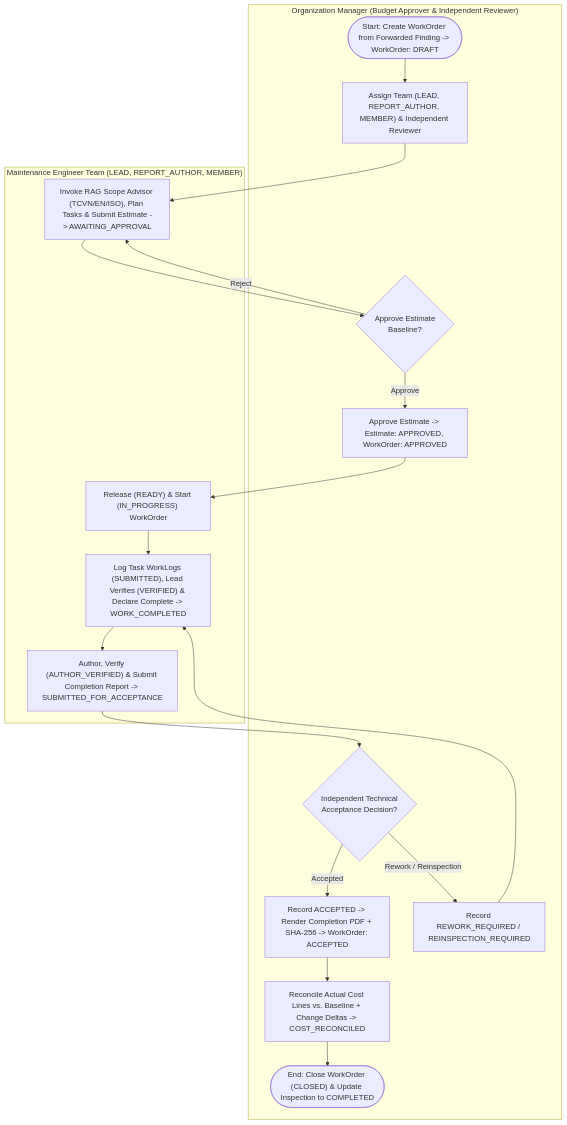
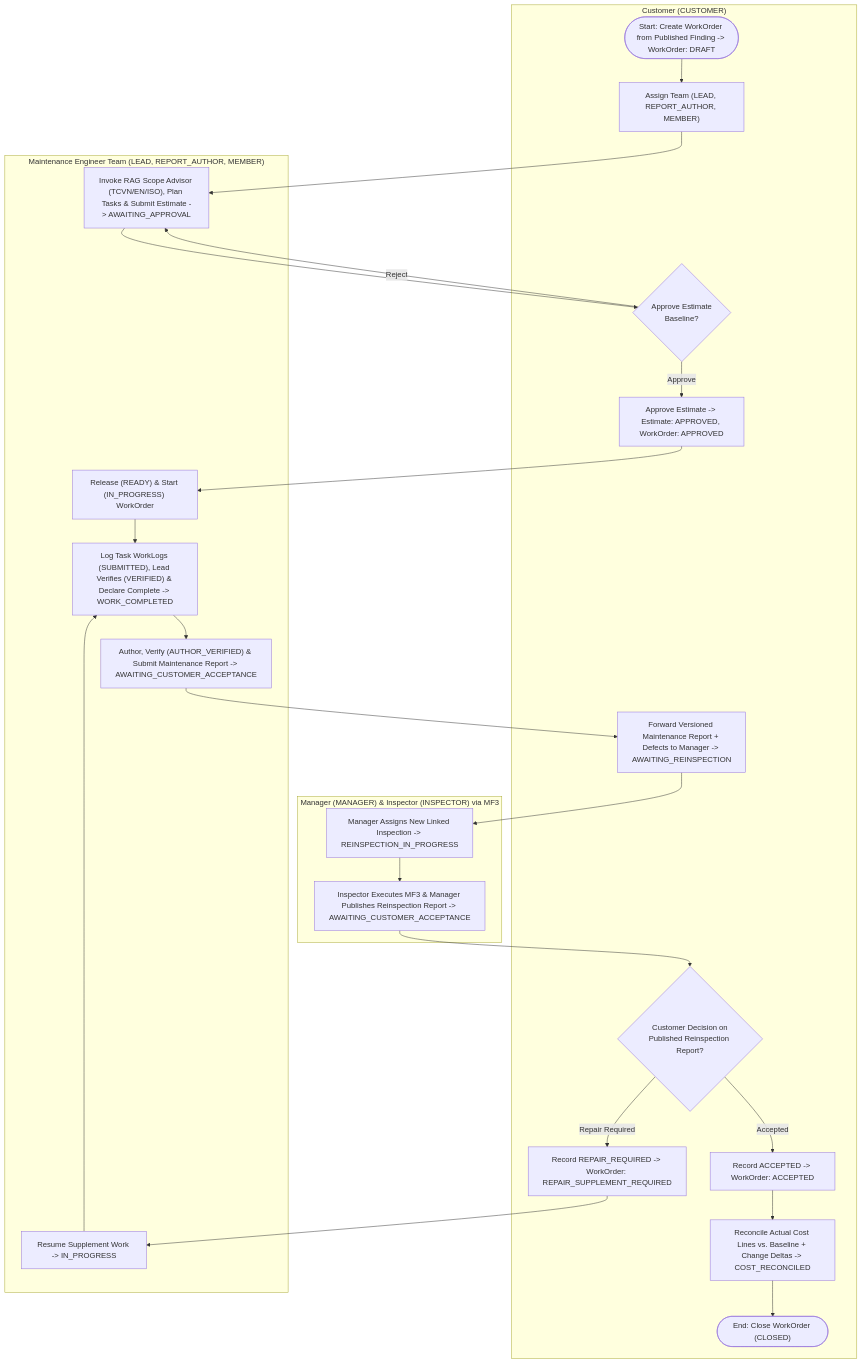
Diagram 22 of 22 in reports/report-4-software-design-document/03-detailed-design.md (tungbach12/SmartDroneInspection-Docs), drawn with Mermaid before and after one commit. The commit also changed other lines of this file and 7 other files, not shown here.

First line of the commit message:
docs(maintenance): synchronize Report 3, 4, and 5 for customer-driven WF4 reinspection

````diff
--- a/reports/report-4-software-design-document/03-detailed-design.md
+++ b/reports/report-4-software-design-document/03-detailed-design.md
@@ -926,28 +926,35 @@
 ```mermaid
-%% title: WF-04 Activity Diagram - Maintenance Work Order Lifecycle and Cost Reconciliation
+%% title: WF-04 Activity Diagram - Customer-Driven Maintenance, Reinspection and Cost Reconciliation
 flowchart TD
-  subgraph OM4["Organization Manager (Budget Approver & Independent Reviewer)"]
-    D1(["Start: Create WorkOrder from Forwarded Finding -> WorkOrder: DRAFT"])
-    D2["Assign Team (LEAD, REPORT_AUTHOR, MEMBER) & Independent Reviewer"]
+  subgraph C4["Customer (CUSTOMER)"]
+    D1(["Start: Create WorkOrder from Published Finding -> WorkOrder: DRAFT"])
+    D2["Assign Team (LEAD, REPORT_AUTHOR, MEMBER)"]
     D5{"Approve Estimate\nBaseline?"}
     D6["Approve Estimate -> Estimate: APPROVED, WorkOrder: APPROVED"]
-    D10{"Independent Technical\nAcceptance Decision?"}
-    D11["Record ACCEPTED -> Render Completion PDF + SHA-256 -> WorkOrder: ACCEPTED"]
-    D12["Record REWORK_REQUIRED / REINSPECTION_REQUIRED"]
-    D13["Reconcile Actual Cost Lines vs. Baseline + Change Deltas -> COST_RECONCILED"]
-    D14(["End: Close WorkOrder (CLOSED) & Update Inspection to COMPLETED"])
+    D10["Forward Versioned Maintenance Report + Defects to Manager -> AWAITING_REINSPECTION"]
+    D13{"Customer Decision on\nPublished Reinspection Report?"}
+    D14["Record ACCEPTED -> WorkOrder: ACCEPTED"]
+    D15["Record REPAIR_REQUIRED -> WorkOrder: REPAIR_SUPPLEMENT_REQUIRED"]
+    D16["Reconcile Actual Cost Lines vs. Baseline + Change Deltas -> COST_RECONCILED"]
+    D17(["End: Close WorkOrder (CLOSED)"])
   end
 
   subgraph ME4["Maintenance Engineer Team (LEAD, REPORT_AUTHOR, MEMBER)"]
     D3["Invoke RAG Scope Advisor (TCVN/EN/ISO), Plan Tasks & Submit Estimate -> AWAITING_APPROVAL"]
     D7["Release (READY) & Start (IN_PROGRESS) WorkOrder"]
     D8["Log Task WorkLogs (SUBMITTED), Lead Verifies (VERIFIED) & Declare Complete -> WORK_COMPLETED"]
-    D9["Author, Verify (AUTHOR_VERIFIED) & Submit Completion Report -> SUBMITTED_FOR_ACCEPTANCE"]
+    D9["Author, Verify (AUTHOR_VERIFIED) & Submit Maintenance Report -> AWAITING_CUSTOMER_ACCEPTANCE"]
+    D18["Resume Supplement Work -> IN_PROGRESS"]
+  end
+
+  subgraph M4["Manager (MANAGER) & Inspector (INSPECTOR) via MF3"]
+    D11["Manager Assigns New Linked Inspection -> REINSPECTION_IN_PROGRESS"]
+    D12["Inspector Executes MF3 & Manager Publishes Reinspection Report -> AWAITING_CUSTOMER_ACCEPTANCE"]
   end
 
   D1 --> D2 --> D3 --> D5
   D5 -->|"Reject"| D3
-  D5 -->|"Approve"| D6 --> D7 --> D8 --> D9 --> D10
-  D10 -->|"Rework / Reinspection"| D12 --> D8
-  D10 -->|"Accepted"| D11 --> D13 --> D14
+  D5 -->|"Approve"| D6 --> D7 --> D8 --> D9 --> D10 --> D11 --> D12 --> D13
+  D13 -->|"Repair Required"| D15 --> D18 --> D8
+  D13 -->|"Accepted"| D14 --> D16 --> D17
 ```
````
